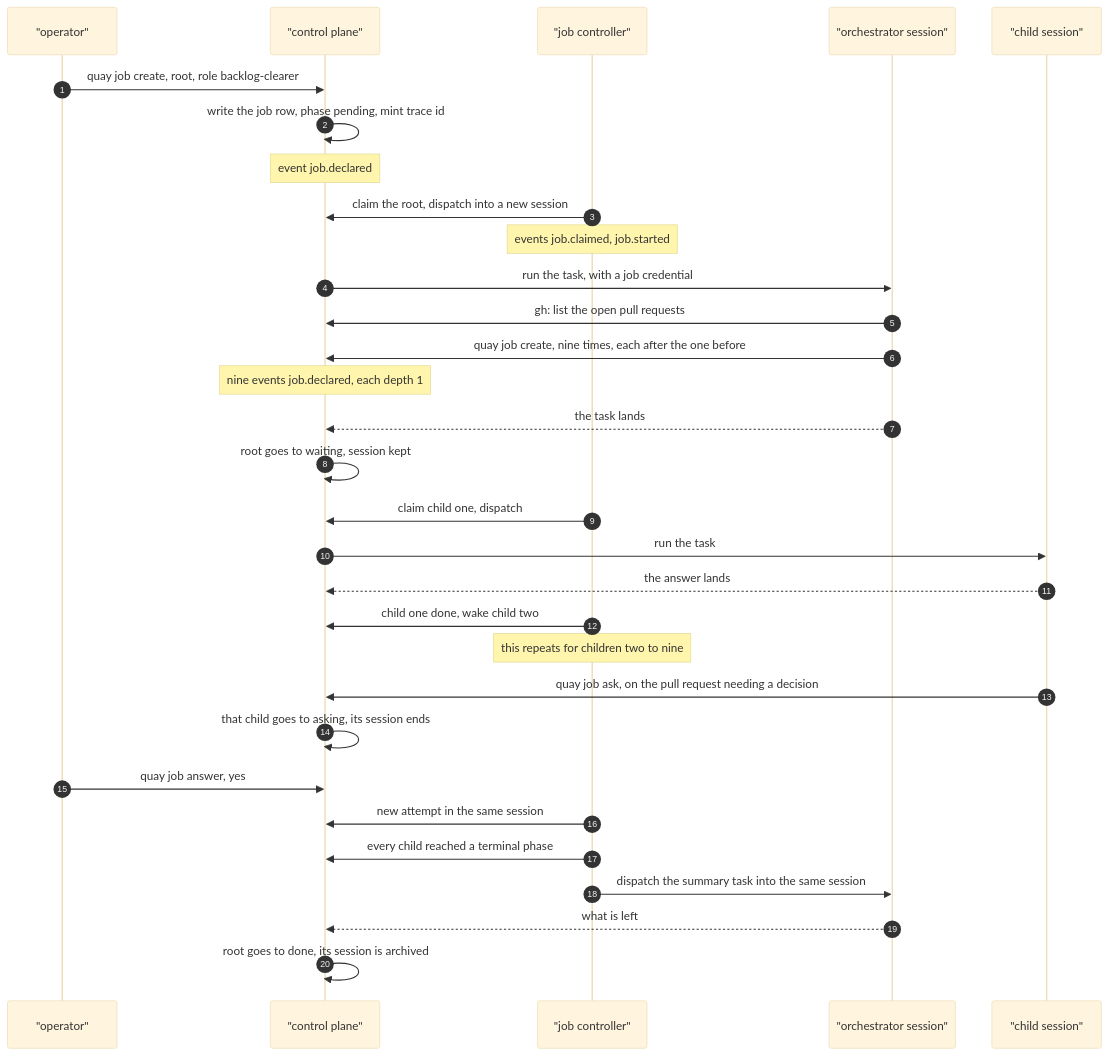
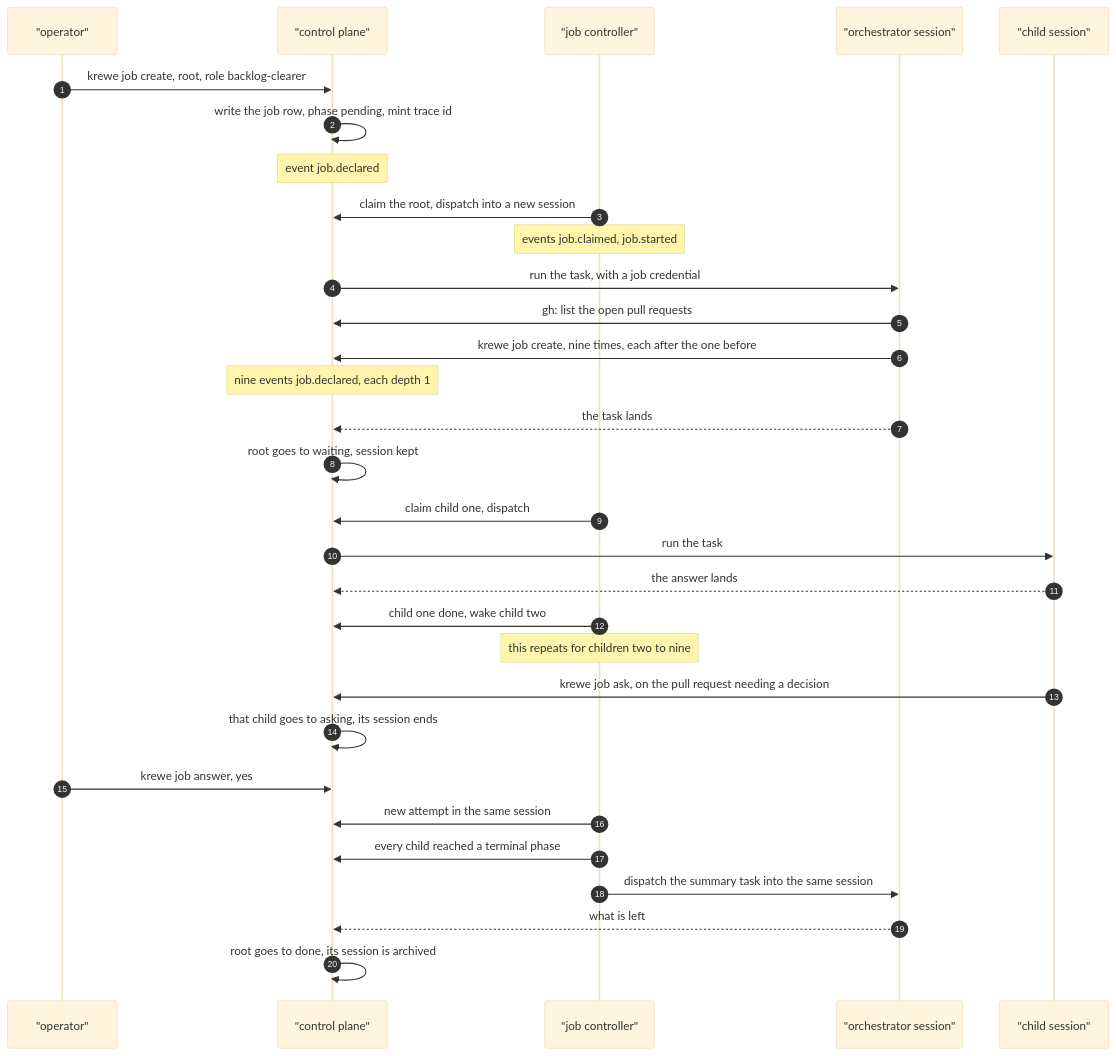
One commit to atlantic-blue/quay-crew changed diagram 12 of 23 in docs/ORCHESTRATION.md. Above: the diagram before and after it, drawn with Mermaid (base theme). The commit also changed other lines of this file and 27 other files, not shown here.

````diff
--- a/docs/ORCHESTRATION.md
+++ b/docs/ORCHESTRATION.md
@@ -2119,34 +2119,34 @@
 ```mermaid
 sequenceDiagram
     autonumber
     participant OP as "operator"
     participant CP as "control plane"
     participant CTL as "job controller"
     participant ORCH as "orchestrator session"
     participant KID as "child session"
 
-    OP->>CP: quay job create, root, role backlog-clearer
+    OP->>CP: krewe job create, root, role backlog-clearer
     CP->>CP: write the job row, phase pending, mint trace id
     Note over CP: event job.declared
     CTL->>CP: claim the root, dispatch into a new session
     Note over CTL: events job.claimed, job.started
     CP->>ORCH: run the task, with a job credential
     ORCH->>CP: gh: list the open pull requests
-    ORCH->>CP: quay job create, nine times, each after the one before
+    ORCH->>CP: krewe job create, nine times, each after the one before
     Note over CP: nine events job.declared, each depth 1
     ORCH-->>CP: the task lands
     CP->>CP: root goes to waiting, session kept
     CTL->>CP: claim child one, dispatch
     CP->>KID: run the task
     KID-->>CP: the answer lands
     CTL->>CP: child one done, wake child two
     Note over CTL: this repeats for children two to nine
-    KID->>CP: quay job ask, on the pull request needing a decision
+    KID->>CP: krewe job ask, on the pull request needing a decision
     CP->>CP: that child goes to asking, its session ends
-    OP->>CP: quay job answer, yes
+    OP->>CP: krewe job answer, yes
     CTL->>CP: new attempt in the same session
     CTL->>CP: every child reached a terminal phase
     CTL->>ORCH: dispatch the summary task into the same session
     ORCH-->>CP: what is left
     CP->>CP: root goes to done, its session is archived
 ```
````
